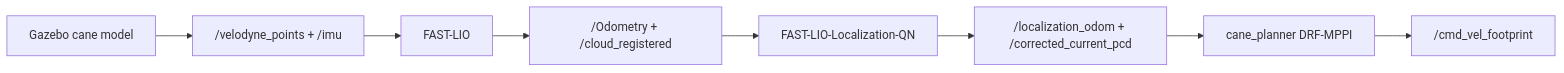
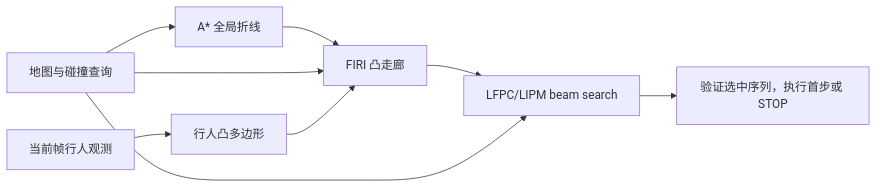
The diagram in README.md (xcg124110023416/cane_planner), drawn with Mermaid before and after one commit. The commit also changed other lines of this file, not shown here.

Commit message:
docs: align README with planner 3 runtime

````diff
--- a/README.md
+++ b/README.md
@@ -172,10 +26,11 @@
 ```mermaid
 flowchart LR
-    G["Gazebo cane model"] --> S["/velodyne_points + /imu"]
-    S --> LIO["FAST-LIO"]
-    LIO --> O["/Odometry + /cloud_registered"]
-    O --> LOC["FAST-LIO-Localization-QN"]
-    LOC --> P["/localization_odom + /corrected_current_pcd"]
-    P --> MPC["cane_planner DRF-MPPI"]
-    MPC --> CMD["/cmd_vel_footprint"]
+    MAP["地图与碰撞查询"] --> ASTAR["A* 全局折线"]
+    ASTAR --> FIRI["FIRI 凸走廊"]
+    MAP --> FIRI
+    PED["当前帧行人观测"] --> HULL["行人凸多边形"]
+    HULL --> FIRI
+    FIRI --> BEAM["LFPC/LIPM beam search"]
+    MAP --> BEAM
+    BEAM --> EXEC["验证选中序列，执行首步或 STOP"]
 ```
````
